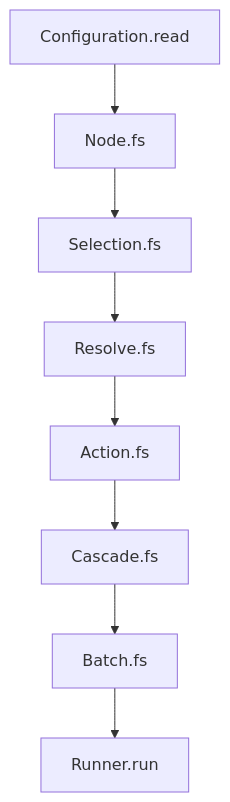
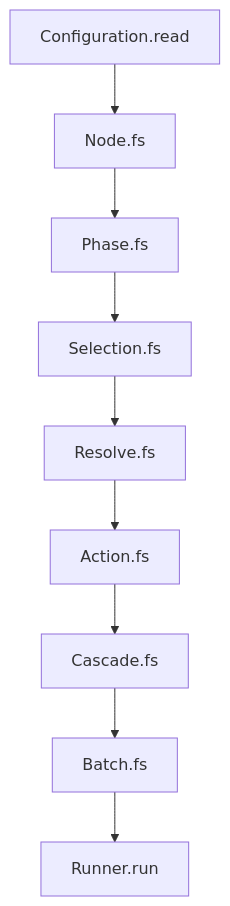
The diagram in docs/architecture/graph-pipeline.md (MagnusOpera/terrabuild), drawn with Mermaid before and after one commit. The commit also changed other lines of this file and 83 other files, not shown here.

````diff
--- a/docs/architecture/graph-pipeline.md
+++ b/docs/architecture/graph-pipeline.md
@@ -5,10 +5,11 @@
 ```mermaid
 graph TD
     A[Configuration.read] --> B[Node.fs]
-    B --> C[Selection.fs]
-    C --> D[Resolve.fs]
-    D --> E[Action.fs]
-    E --> F[Cascade.fs]
-    F --> G[Batch.fs]
-    G --> H[Runner.run]
+    B --> C[Phase.fs]
+    C --> D[Selection.fs]
+    D --> E[Resolve.fs]
+    E --> F[Action.fs]
+    F --> G[Cascade.fs]
+    G --> H[Batch.fs]
+    H --> I[Runner.run]
 ```
````
